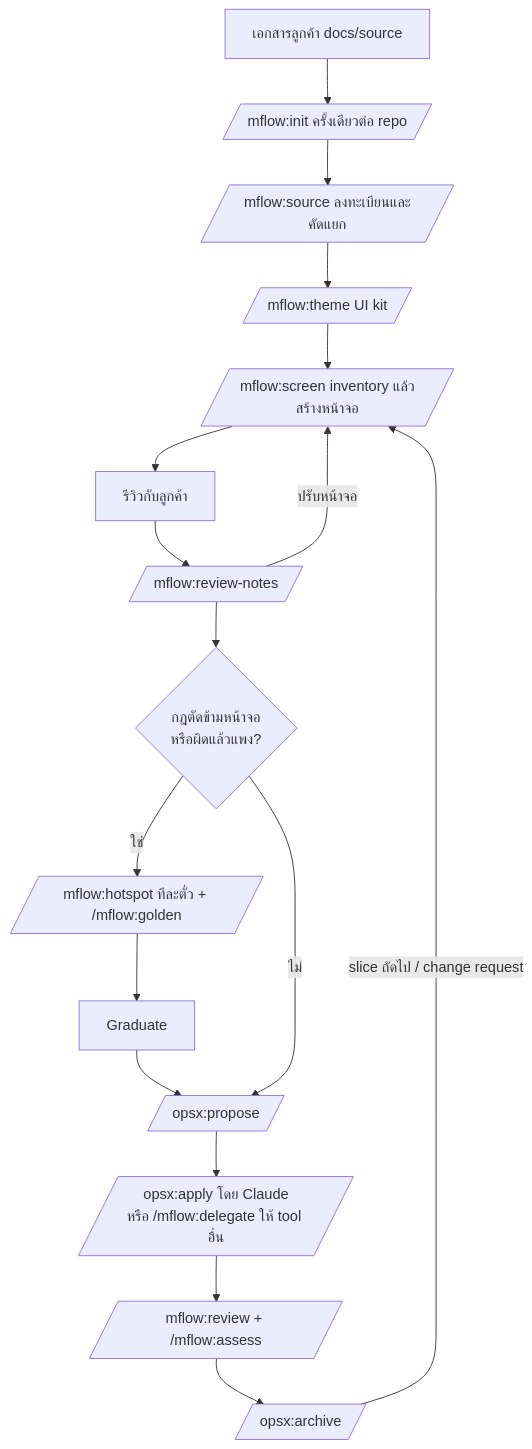
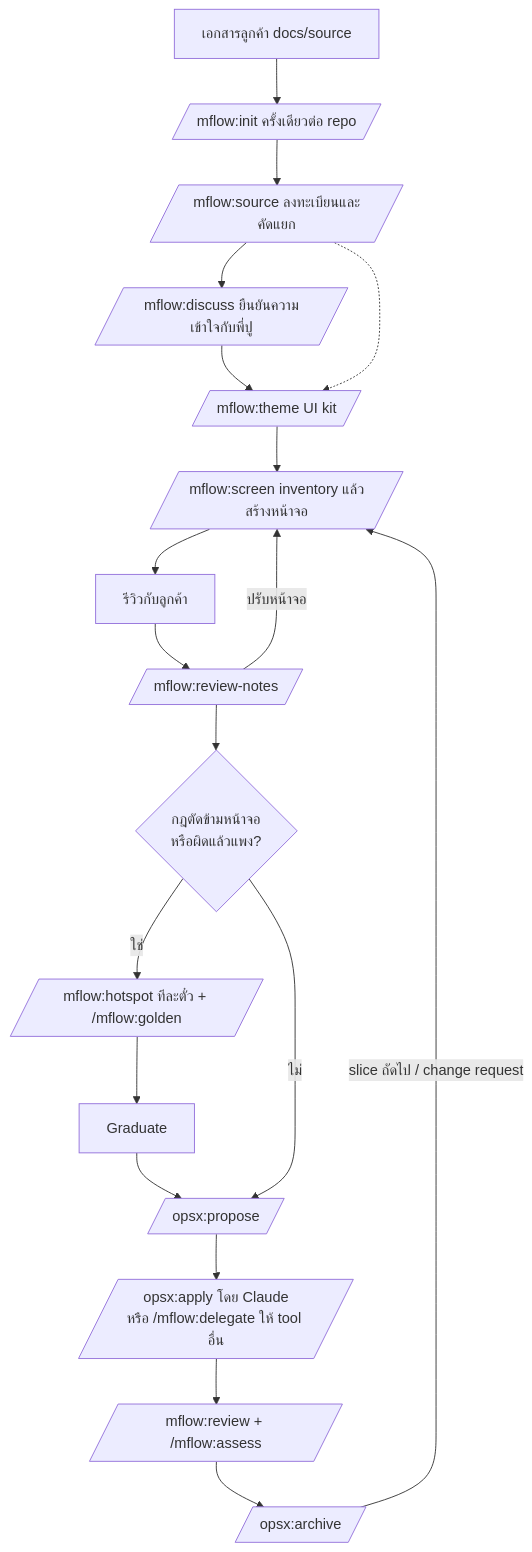
One commit to mounchons/mflow-marketplace changed the diagram in docs/requirement.md. Above: the diagram before and after it, drawn with Mermaid. The commit also changed other lines of this file and 17 other files, not shown here.

First line of the commit message:
Add /mflow:discuss for confirming understanding before building (v0.4.0)

````diff
--- a/docs/requirement.md
+++ b/docs/requirement.md
@@ -59,19 +59,21 @@
 ```mermaid
 flowchart TD
     A[เอกสารลูกค้า docs/source] --> B[/mflow:init ครั้งเดียวต่อ repo/]
     B --> C[/mflow:source ลงทะเบียนและคัดแยก/]
-    C --> D[/mflow:theme UI kit/]
+    C --> DS[/mflow:discuss ยืนยันความเข้าใจกับพี่ปู/]
+    DS --> D[/mflow:theme UI kit/]
+    C -.-> D
     D --> E[/mflow:screen inventory แล้วสร้างหน้าจอ/]
     E --> F[รีวิวกับลูกค้า]
     F --> G[/mflow:review-notes/]
     G -->|ปรับหน้าจอ| E
     G --> H{กฎตัดข้ามหน้าจอ<br/>หรือผิดแล้วแพง?}
     H -->|ใช่| I[/mflow:hotspot ทีละตั๋ว + /mflow:golden/]
     I --> J[Graduate]
     J --> K[/opsx:propose/]
     H -->|ไม่| K
     K --> L[/opsx:apply โดย Claude<br/>หรือ /mflow:delegate ให้ tool อื่น/]
     L --> M[/mflow:review + /mflow:assess/]
     M --> N[/opsx:archive/]
     N -->|slice ถัดไป / change request| E
 ```
````
